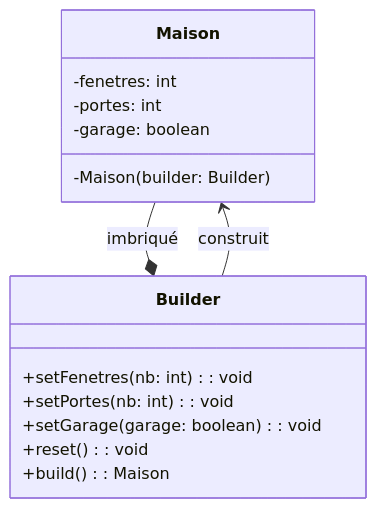
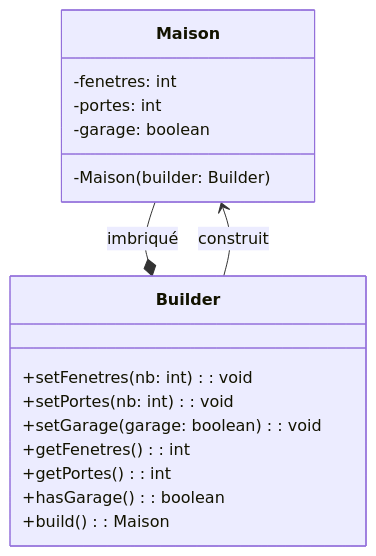
One commit to ophenix-maisonneuve/420-930-ma-site-web changed the diagram in _notes/patterns/creation/pattern-builder.md. Above: the diagram before and after it, drawn with Mermaid. The commit also changed other lines of this file, not shown here.

````diff
--- a/_notes/patterns/creation/pattern-builder.md
+++ b/_notes/patterns/creation/pattern-builder.md
@@ -42,20 +42,22 @@
 ```mermaid
 classDiagram
 class Maison {
   -fenetres: int
   -portes: int
   -garage: boolean
   -Maison(builder: Builder)
 }
 
 class Builder {
   +setFenetres(nb: int): void
   +setPortes(nb: int): void
   +setGarage(garage: boolean): void
-  +reset(): void
+  +getFenetres(): int
+  +getPortes(): int
+  +hasGarage(): boolean
   +build(): Maison
 }
 
 Maison --* Builder : imbriqué
 Builder --> Maison : construit
 ```
````
